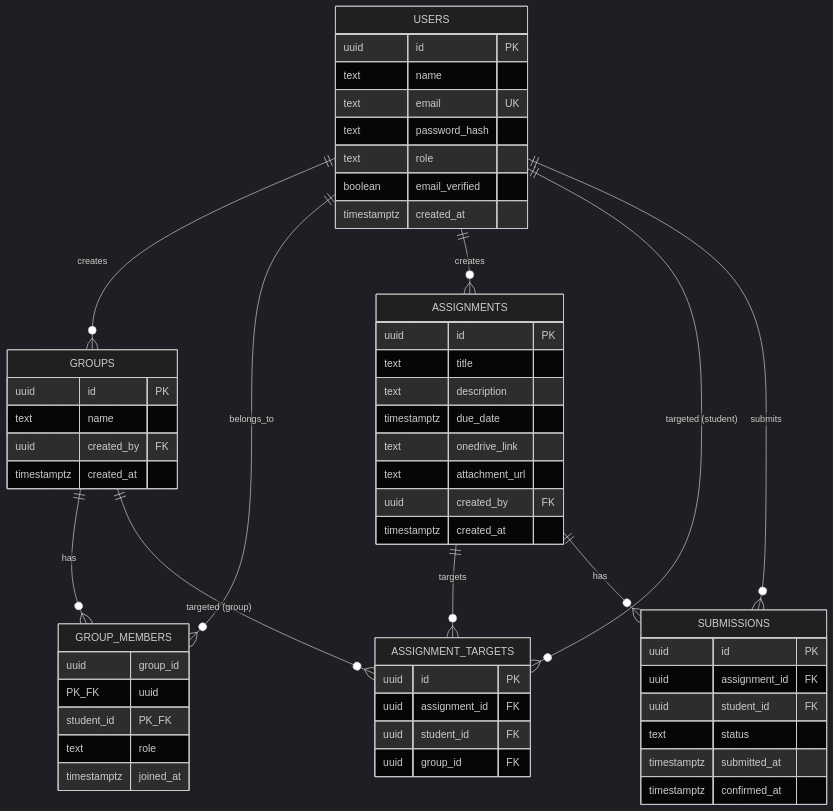
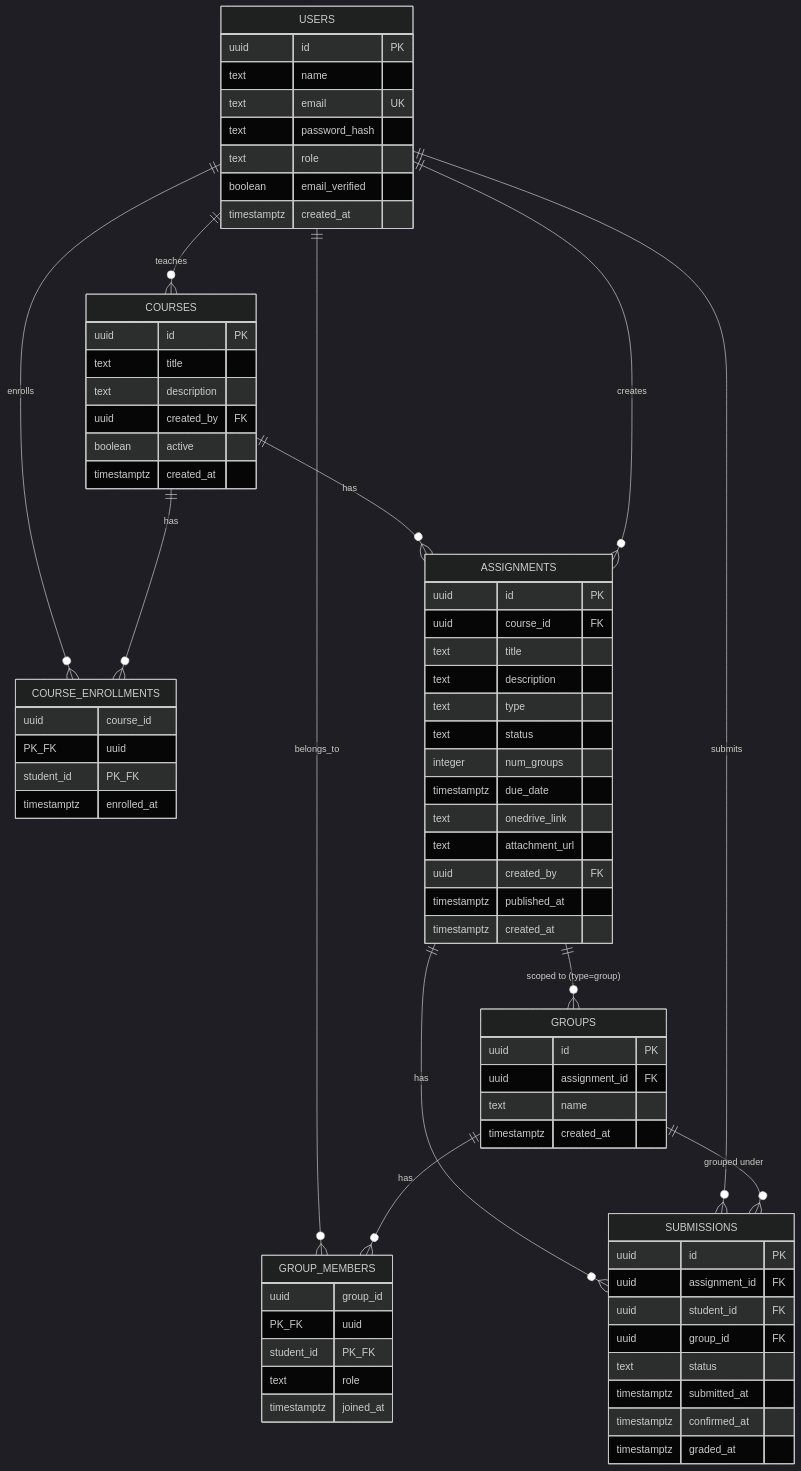
One commit to nahor-28/task-1 changed the second of 2 diagrams in README.md. Above: the diagram before and after it, drawn with Mermaid (dark theme). The commit also changed other lines of this file and 5 other files, not shown here.

````diff
--- a/README.md
+++ b/README.md
@@ -73,58 +73,74 @@
 ```mermaid
 erDiagram
-    USERS ||--o{ GROUPS : creates
+    USERS ||--o{ COURSES : teaches
+    USERS ||--o{ COURSE_ENROLLMENTS : enrolls
+    COURSES ||--o{ COURSE_ENROLLMENTS : has
+    COURSES ||--o{ ASSIGNMENTS : has
+    USERS ||--o{ ASSIGNMENTS : creates
+    ASSIGNMENTS ||--o{ GROUPS : "scoped to (type=group)"
     USERS ||--o{ GROUP_MEMBERS : belongs_to
     GROUPS ||--o{ GROUP_MEMBERS : has
-    USERS ||--o{ ASSIGNMENTS : creates
-    ASSIGNMENTS ||--o{ ASSIGNMENT_TARGETS : targets
-    USERS ||--o{ ASSIGNMENT_TARGETS : "targeted (student)"
-    GROUPS ||--o{ ASSIGNMENT_TARGETS : "targeted (group)"
     ASSIGNMENTS ||--o{ SUBMISSIONS : has
     USERS ||--o{ SUBMISSIONS : submits
+    GROUPS ||--o{ SUBMISSIONS : "grouped under"
 
     USERS {
         uuid id PK
         text name
         text email UK
         text password_hash
         text role
         boolean email_verified
         timestamptz created_at
     }
+    COURSES {
+        uuid id PK
+        text title
+        text description
+        uuid created_by FK
+        boolean active
+        timestamptz created_at
+    }
+    COURSE_ENROLLMENTS {
+        uuid course_id PK_FK
+        uuid student_id PK_FK
+        timestamptz enrolled_at
+    }
     GROUPS {
         uuid id PK
+        uuid assignment_id FK
         text name
-        uuid created_by FK
         timestamptz created_at
     }
     GROUP_MEMBERS {
         uuid group_id PK_FK
         uuid student_id PK_FK
         text role
         timestamptz joined_at
     }
     ASSIGNMENTS {
         uuid id PK
+        uuid course_id FK
         text title
         text description
+        text type
+        text status
+        integer num_groups
         timestamptz due_date
         text onedrive_link
         text attachment_url
         uuid created_by FK
+        timestamptz published_at
         timestamptz created_at
-    }
-    ASSIGNMENT_TARGETS {
-        uuid id PK
-        uuid assignment_id FK
-        uuid student_id FK
-        uuid group_id FK
     }
     SUBMISSIONS {
         uuid id PK
         uuid assignment_id FK
         uuid student_id FK
+        uuid group_id FK
         text status
         timestamptz submitted_at
         timestamptz confirmed_at
+        timestamptz graded_at
     }
 ```
````
